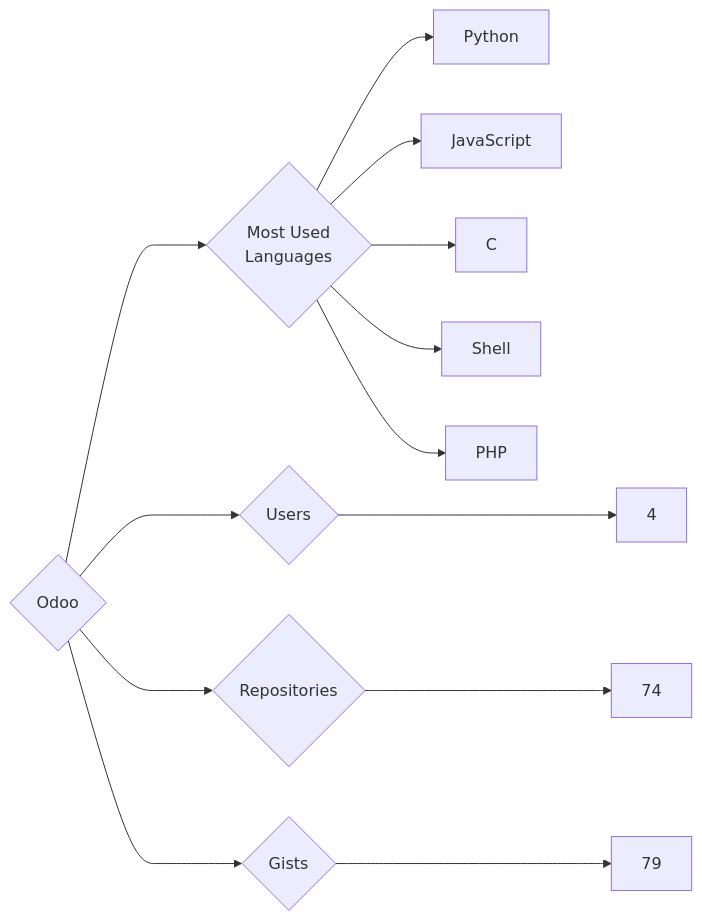
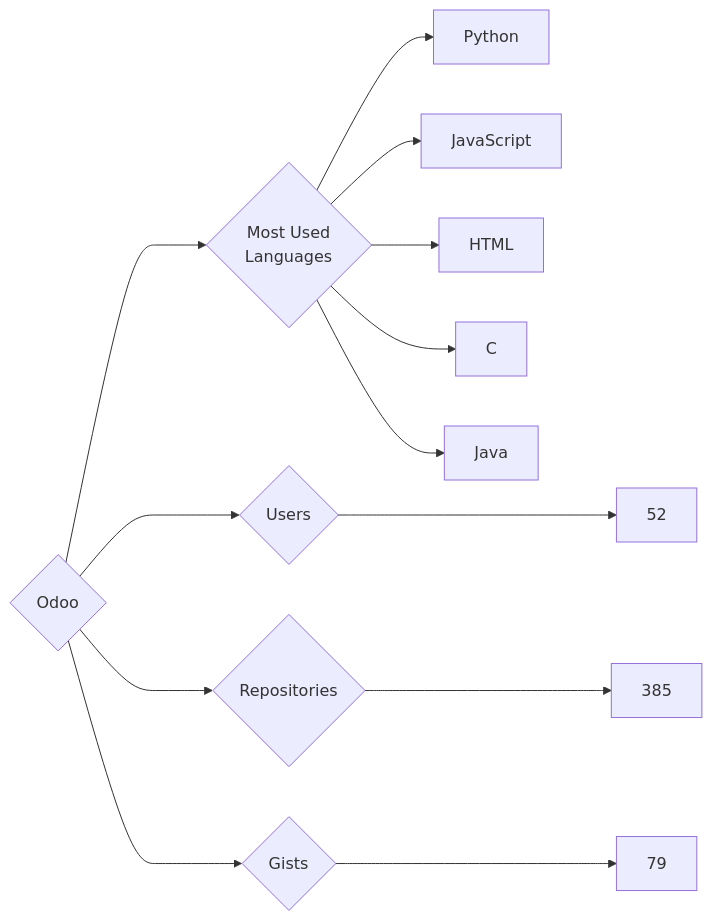
The diagram in targets/Odoo/README.md (trickest/insiders), drawn with Mermaid before and after one commit. The commit also changed 765 other files, not shown here.

````diff
--- a/targets/Odoo/README.md
+++ b/targets/Odoo/README.md
@@ -3,13 +3,13 @@
 ```mermaid
 graph LR
 COMPANY_NAME{Odoo}
-COMPANY_NAME ---> U{Users} ---> UN[4]
-COMPANY_NAME ---> R{Repositories} ---> RN[74]
+COMPANY_NAME ---> U{Users} ---> UN[52]
+COMPANY_NAME ---> R{Repositories} ---> RN[385]
 COMPANY_NAME ---> G{Gists} ---> GN[79]
 COMPANY_NAME ---> ML{Most Used<br>Languages}
 ML --> Python[Python]
 ML --> JavaScript[JavaScript]
+ML --> HTML[HTML]
 ML --> C[C]
-ML --> Shell[Shell]
-ML --> PHP[PHP]
+ML --> Java[Java]
 ```
````
